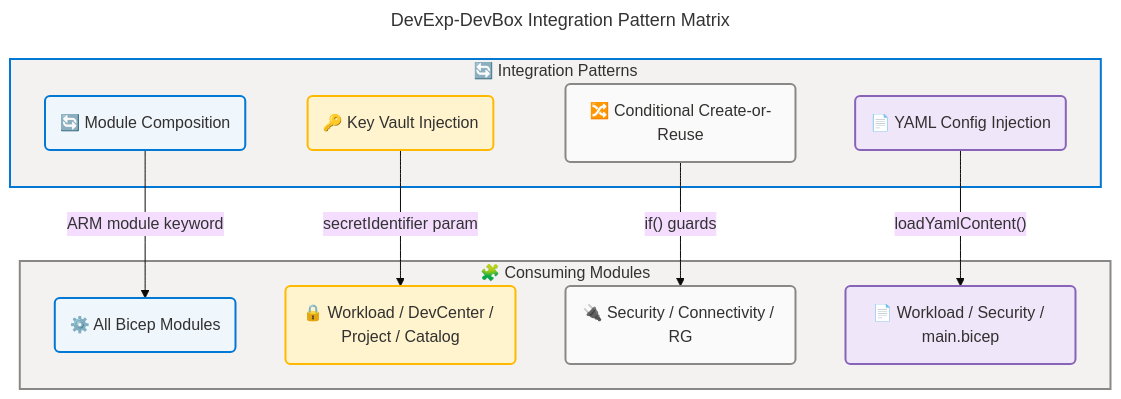
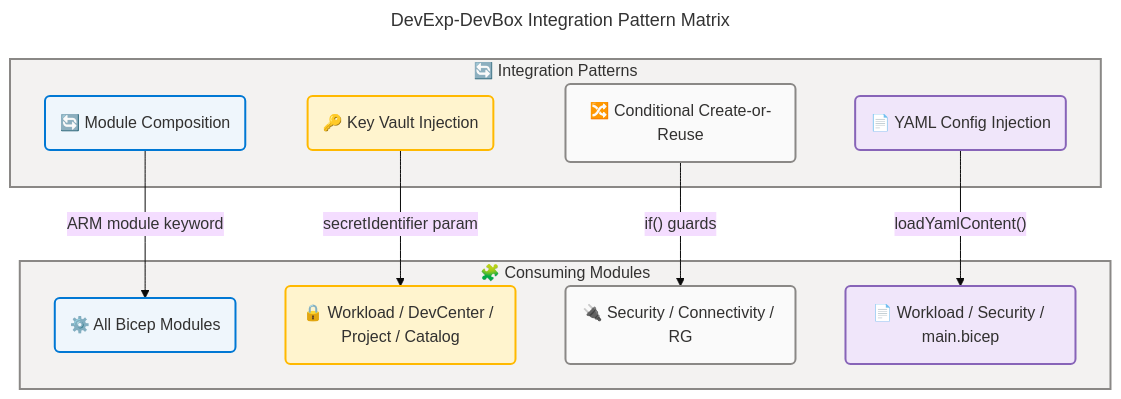
One commit to Evilazaro/DevExp-DevBox changed diagram 14 of 15 in docs/architecture/application-architecture.md. Above: the diagram before and after it, drawn with Mermaid. The commit also changed other lines of this file, not shown here.

Commit message:
refactor: update YAML contract terminology and enhance diagram verification scores for improved clarity

````diff
--- a/docs/architecture/application-architecture.md
+++ b/docs/architecture/application-architecture.md
@@ -2367,54 +2370,54 @@
 ```mermaid
 ---
 title: DevExp-DevBox Integration Pattern Matrix
 config:
   theme: base
   look: classic
   layout: dagre
   themeVariables:
     fontSize: '16px'
   flowchart:
     htmlLabels: true
 ---
 flowchart TB
     accTitle: DevExp-DevBox Integration Pattern Matrix
     accDescr: Visual matrix mapping the four integration patterns to their consuming modules — Module Composition for all modules, Key Vault Injection for secure consumers, Conditional Create-or-Reuse for optional resources, and YAML Config Injection for configuration consumers
 
     %% ═══════════════════════════════════════════════════════════════════════════
     %% AZURE / FLUENT ARCHITECTURE PATTERN v1.1
     %% (Semantic + Structural + Font + Accessibility Governance)
     %% ═══════════════════════════════════════════════════════════════════════════
     %% PHASE 1 - FLUENT UI: All styling uses approved Fluent UI palette only
     %% PHASE 2 - GROUPS: Every subgraph has semantic color via style directive
     %% PHASE 3 - COMPONENTS: Every node has semantic classDef + icon prefix
     %% PHASE 4 - ACCESSIBILITY: accTitle/accDescr present, WCAG AA contrast
     %% PHASE 5 - STANDARD: Governance block present, classDefs centralized
     %% ═══════════════════════════════════════════════════════════════════════════
 
     subgraph patterns["🔄 Integration Patterns"]
         compose("🔄 Module Composition"):::core
         kvInject("🔑 Key Vault Injection"):::warning
         condCreate("🔀 Conditional Create-or-Reuse"):::neutral
         yamlInject("📄 YAML Config Injection"):::data
     end
 
     subgraph consumers["🧩 Consuming Modules"]
         allMods("⚙️ All Bicep Modules"):::core
         wlDcProjCat("🔒 Workload / DevCenter / Project / Catalog"):::warning
         secConnRG("🔌 Security / Connectivity / RG"):::neutral
         wlSecMain("📄 Workload / Security / main.bicep"):::data
     end
 
     compose -->|"ARM module keyword"| allMods
     kvInject -->|"secretIdentifier param"| wlDcProjCat
     condCreate -->|"if() guards"| secConnRG
     yamlInject -->|"loadYamlContent()"| wlSecMain
 
-    style patterns fill:#F3F2F1,stroke:#0078D4,stroke-width:2px,color:#323130
+    style patterns fill:#F3F2F1,stroke:#8A8886,stroke-width:2px,color:#323130
     style consumers fill:#F3F2F1,stroke:#8A8886,stroke-width:2px,color:#323130
 
     classDef neutral fill:#FAFAFA,stroke:#8A8886,stroke-width:2px,color:#323130
     classDef core fill:#EFF6FC,stroke:#0078D4,stroke-width:2px,color:#323130
     classDef warning fill:#FFF4CE,stroke:#FFB900,stroke-width:2px,color:#323130
     classDef data fill:#F0E6FA,stroke:#8764B8,stroke-width:2px,color:#323130
 ```
````
